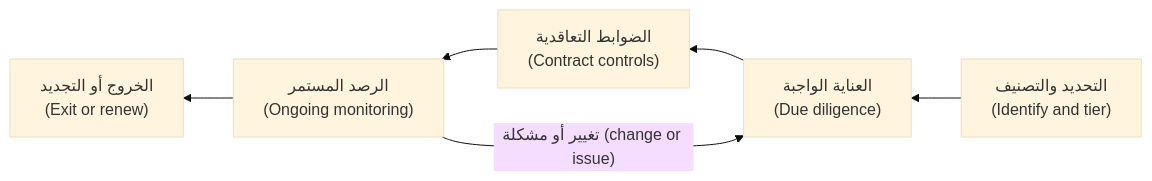
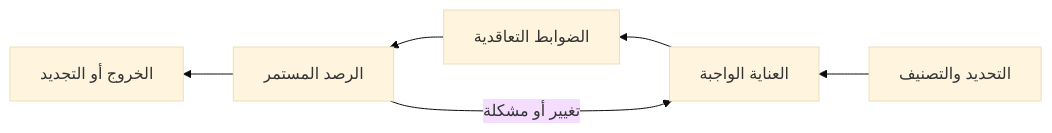
The second of 2 diagrams in aigp/modules/03-policies.ar.md (Tamoura/system-design-for-vibe-coders), drawn with Mermaid (base theme) before and after one commit. The commit also changed other lines of this file and 551 other files, not shown here.

````diff
--- a/aigp/modules/03-policies.ar.md
+++ b/aigp/modules/03-policies.ar.md
@@ -512,8 +512,8 @@
 ```mermaid
 flowchart RL
-    I["التحديد والتصنيف<br/>(Identify and tier)"] --> DD["العناية الواجبة<br/>(Due diligence)"]
-    DD --> C["الضوابط التعاقدية<br/>(Contract controls)"]
-    C --> M["الرصد المستمر<br/>(Ongoing monitoring)"]
-    M -->|"تغيير أو مشكلة (change or issue)"| DD
-    M --> X["الخروج أو التجديد<br/>(Exit or renew)"]
+    I["التحديد والتصنيف"] --> DD["العناية الواجبة"]
+    DD --> C["الضوابط التعاقدية"]
+    C --> M["الرصد المستمر"]
+    M -->|"تغيير أو مشكلة"| DD
+    M --> X["الخروج أو التجديد"]
 ```
````
